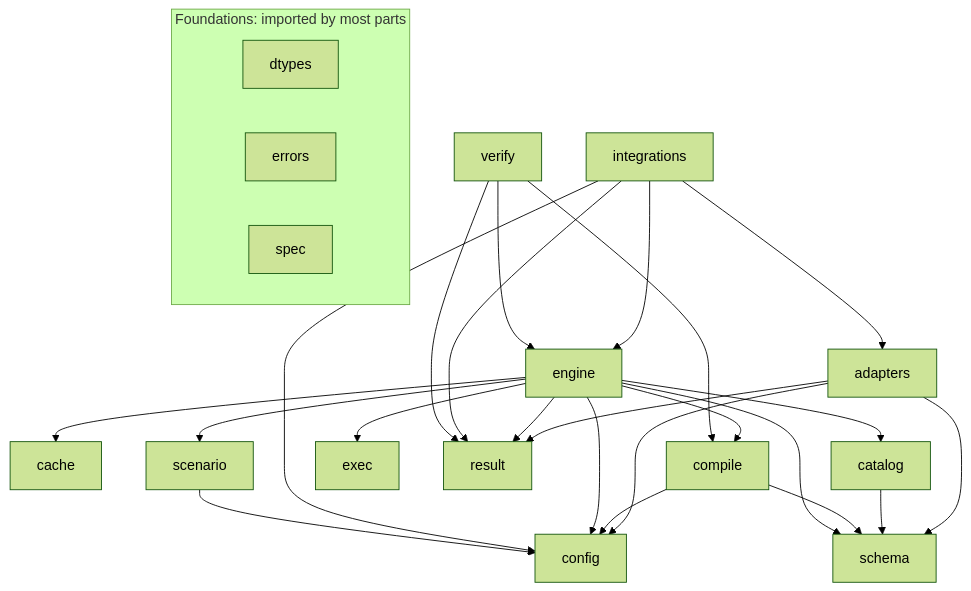
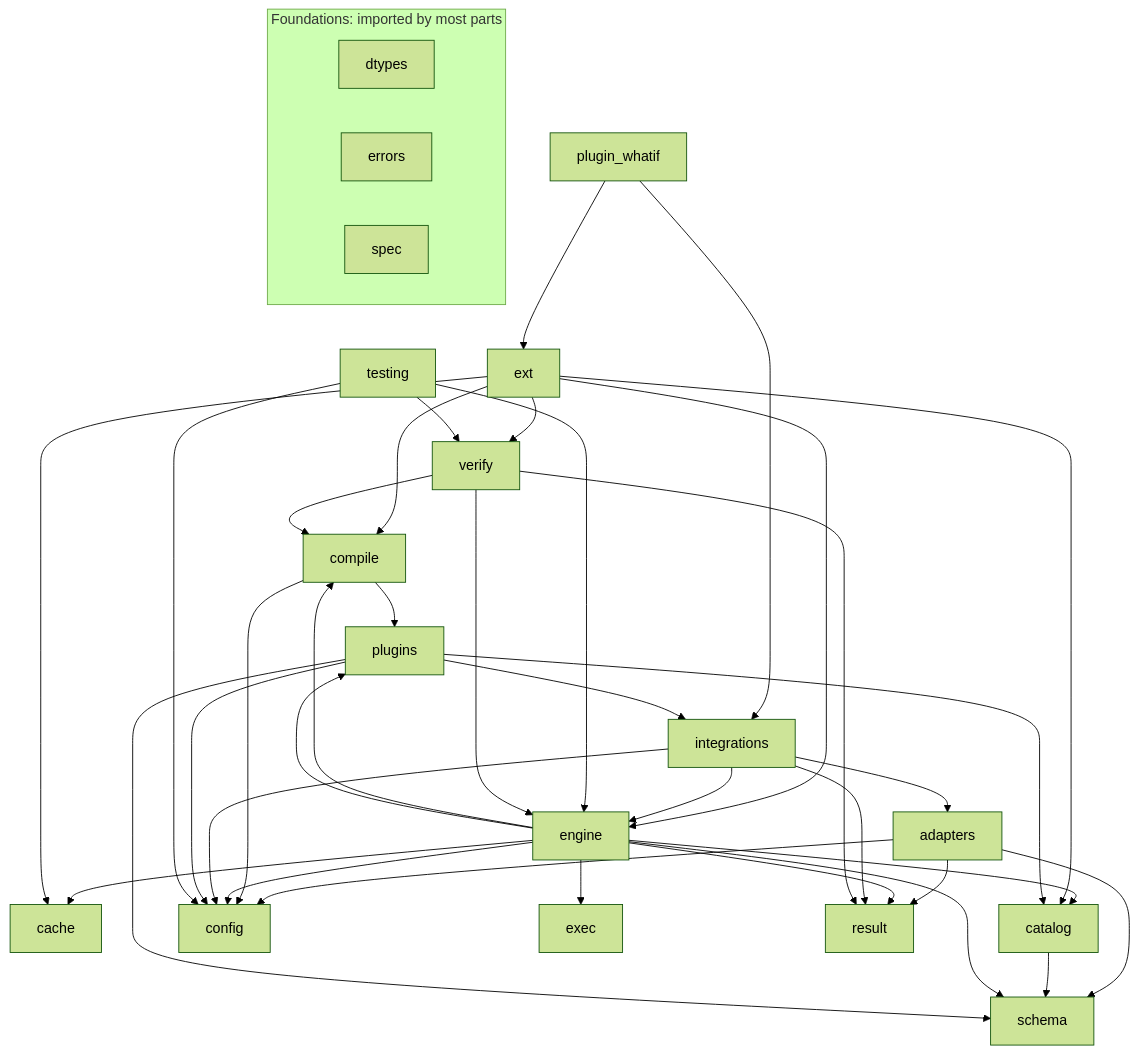
Before and after one commit to sanjaysharmagwl/py-libs: the diagram in docs/calc/reference/generated/components.md, drawn with Mermaid (forest theme). The commit also changed other lines of this file and 121 other files, not shown here.

First line of the commit message:
Split pylibs-calc into a core engine and plugins; move what-if into pylibs-calc-whatif

````diff
--- a/docs/calc/reference/generated/components.md
+++ b/docs/calc/reference/generated/components.md
@@ -11,42 +11,58 @@
 ```mermaid
 flowchart TB
   subgraph foundations["Foundations: imported by most parts"]
     dtypes[dtypes]
     errors[errors]
     spec[spec]
   end
   adapters[adapters]
   cache[cache]
   catalog[catalog]
   compile[compile]
   config[config]
   engine[engine]
   exec[exec]
+  ext[ext]
   integrations[integrations]
+  plugin_whatif[plugin_whatif]
+  plugins[plugins]
   result[result]
-  scenario[scenario]
   schema[schema]
+  testing[testing]
   verify[verify]
   adapters --> config
   adapters --> result
   adapters --> schema
   catalog --> schema
   compile --> config
-  compile --> schema
+  compile --> plugins
   engine --> cache
   engine --> catalog
   engine --> compile
   engine --> config
   engine --> exec
+  engine --> plugins
   engine --> result
-  engine --> scenario
   engine --> schema
+  ext --> cache
+  ext --> catalog
+  ext --> compile
+  ext --> engine
+  ext --> verify
   integrations --> adapters
   integrations --> config
   integrations --> engine
   integrations --> result
-  scenario --> config
+  plugin_whatif --> ext
+  plugin_whatif --> integrations
+  plugins --> catalog
+  plugins --> config
+  plugins --> integrations
+  plugins --> schema
+  testing --> config
+  testing --> engine
+  testing --> verify
   verify --> compile
   verify --> engine
   verify --> result
 ```
````
